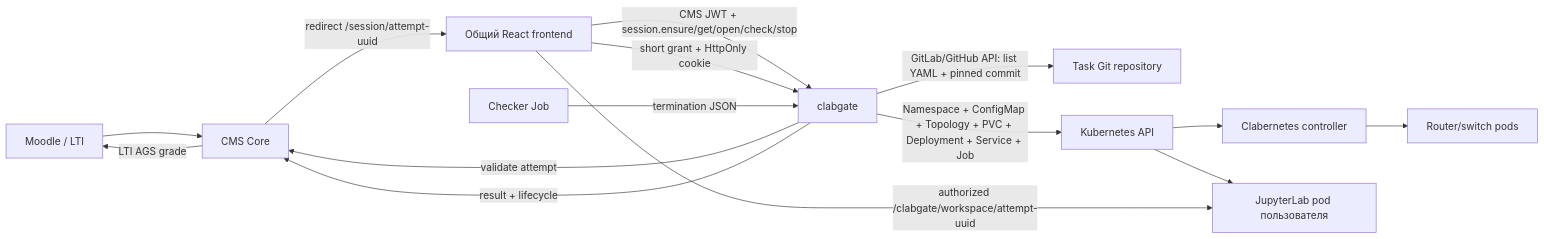
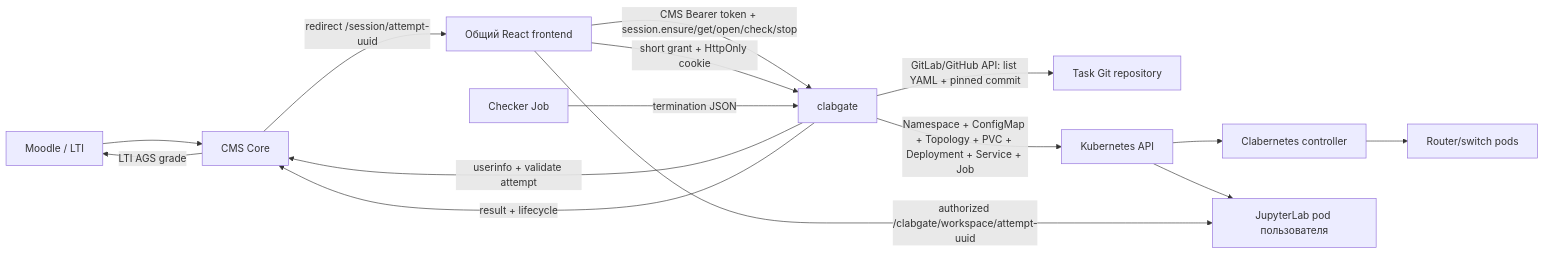
One commit to cms-lab-core/cms-labs-api changed the first of 4 diagrams in clabgate/README.md. Above: the diagram before and after it, drawn with Mermaid. The commit also changed other lines of this file and 25 other files, not shown here.

````diff
--- a/clabgate/README.md
+++ b/clabgate/README.md
@@ -22,17 +28,17 @@
 ```mermaid
 flowchart LR
     Moodle[Moodle / LTI] --> CMS[CMS Core]
     CMS -->|redirect /session/attempt-uuid| Front[Общий React frontend]
-    Front -->|CMS JWT + session.ensure/get/open/check/stop| Gate[clabgate]
-    Gate -->|validate attempt| CMS
+    Front -->|CMS Bearer token + session.ensure/get/open/check/stop| Gate[clabgate]
+    Gate -->|userinfo + validate attempt| CMS
     Gate -->|GitLab/GitHub API: list YAML + pinned commit| Git[Task Git repository]
     Gate -->|Namespace + ConfigMap + Topology + PVC + Deployment + Service + Job| K8s[Kubernetes API]
     K8s --> C9s[Clabernetes controller]
     C9s --> Nodes[Router/switch pods]
     K8s --> Jupyter[JupyterLab pod пользователя]
     Front -->|short grant + HttpOnly cookie| Gate
     Front -->|authorized /clabgate/workspace/attempt-uuid| Jupyter
     Checker[Checker Job] -->|termination JSON| Gate
     Gate -->|result + lifecycle| CMS
     CMS -->|LTI AGS grade| Moodle
 ```
````
